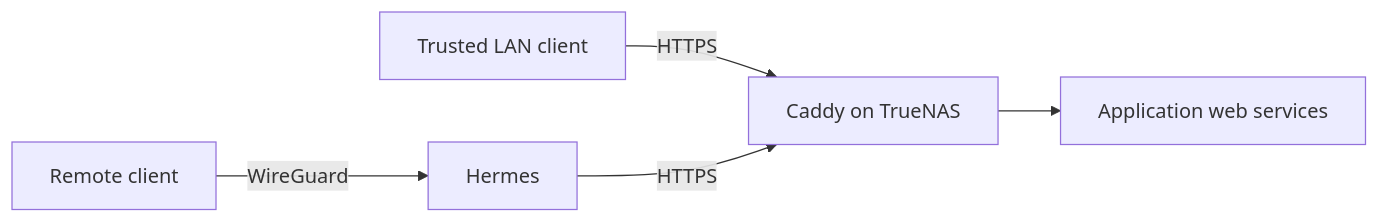
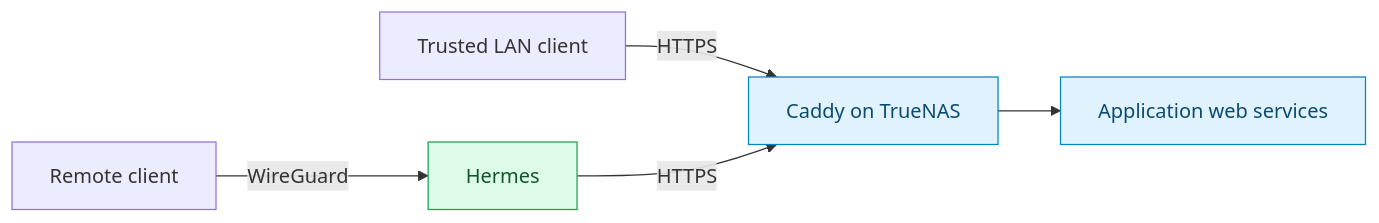
One commit to AldogPlays/Homelab changed the second of 2 diagrams in docs/networking.md. Above: the diagram before and after it, drawn with Mermaid. The commit also changed other lines of this file and 10 other files, not shown here.

````diff
--- a/docs/networking.md
+++ b/docs/networking.md
@@ -37,7 +42,12 @@
 ```mermaid
 flowchart LR
     Local["Trusted LAN client"] -->|HTTPS| Caddy["Caddy on TrueNAS"]
     Remote["Remote client"] -->|WireGuard| Hermes["Hermes"]
     Hermes -->|HTTPS| Caddy
     Caddy --> Apps["Application web services"]
+
+    classDef host fill:#e0f2fe,stroke:#0284c7,color:#0c4a6e
+    classDef router fill:#dcfce7,stroke:#16a34a,color:#14532d
+    class Caddy,Apps host
+    class Hermes router
 ```
````
